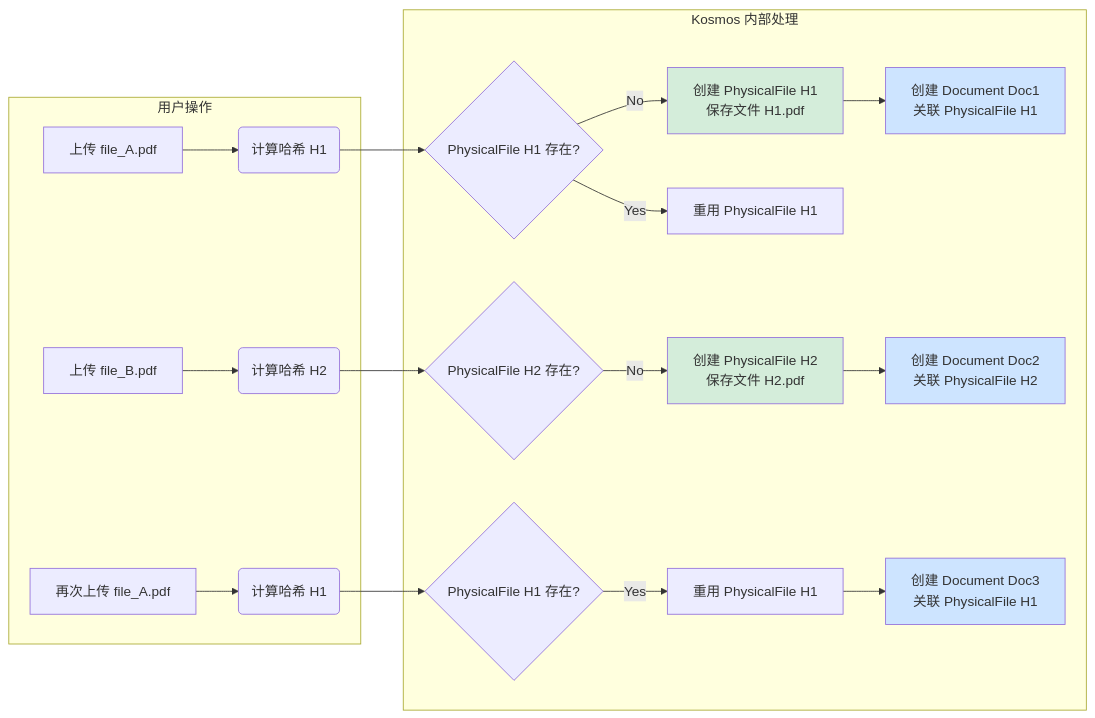
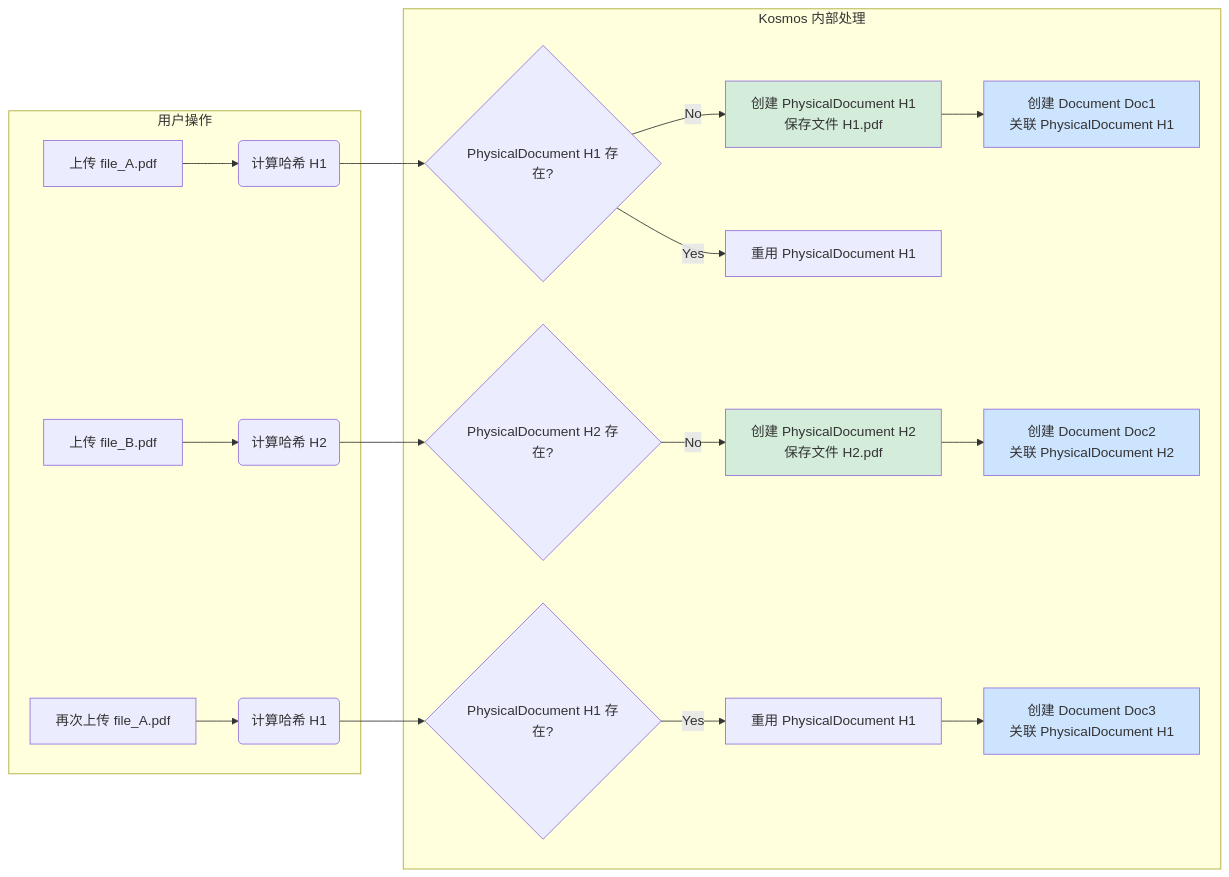
Before and after one commit to IndenScale/Kosmos: the diagram in docs/researcher/02_知识管理与任务调度.md, drawn with Mermaid. The commit also changed other lines of this file and 191 other files, not shown here.

````diff
--- a/docs/researcher/02_知识管理与任务调度.md
+++ b/docs/researcher/02_知识管理与任务调度.md
@@ -20,30 +20,30 @@
 ```mermaid
 graph LR
     subgraph "用户操作"
         A[上传 file_A.pdf] --> B(计算哈希 H1);
         C[上传 file_B.pdf] --> D(计算哈希 H2);
         E[再次上传 file_A.pdf] --> F(计算哈希 H1);
     end
 
     subgraph "Kosmos 内部处理"
-        B --> G{PhysicalFile H1 存在?};
-        G -- No --> H[创建 PhysicalFile H1<br>保存文件 H1.pdf];
-        G -- Yes --> I[重用 PhysicalFile H1];
-        
-        D --> J{PhysicalFile H2 存在?};
-        J -- No --> K[创建 PhysicalFile H2<br>保存文件 H2.pdf];
-        
-        F --> L{PhysicalFile H1 存在?};
-        L -- Yes --> M[重用 PhysicalFile H1];
+        B --> G{PhysicalDocument H1 存在?};
+        G -- No --> H[创建 PhysicalDocument H1<br>保存文件 H1.pdf];
+        G -- Yes --> I[重用 PhysicalDocument H1];
 
-        H --> N[创建 Document Doc1<br>关联 PhysicalFile H1];
-        K --> O[创建 Document Doc2<br>关联 PhysicalFile H2];
-        M --> P[创建 Document Doc3<br>关联 PhysicalFile H1];
+        D --> J{PhysicalDocument H2 存在?};
+        J -- No --> K[创建 PhysicalDocument H2<br>保存文件 H2.pdf];
+
+        F --> L{PhysicalDocument H1 存在?};
+        L -- Yes --> M[重用 PhysicalDocument H1];
+
+        H --> N[创建 Document Doc1<br>关联 PhysicalDocument H1];
+        K --> O[创建 Document Doc2<br>关联 PhysicalDocument H2];
+        M --> P[创建 Document Doc3<br>关联 PhysicalDocument H1];
     end
 
     style H fill:#d4edda
     style K fill:#d4edda
     style N fill:#cde4ff
     style O fill:#cde4ff
     style P fill:#cde4ff
 ```
````
